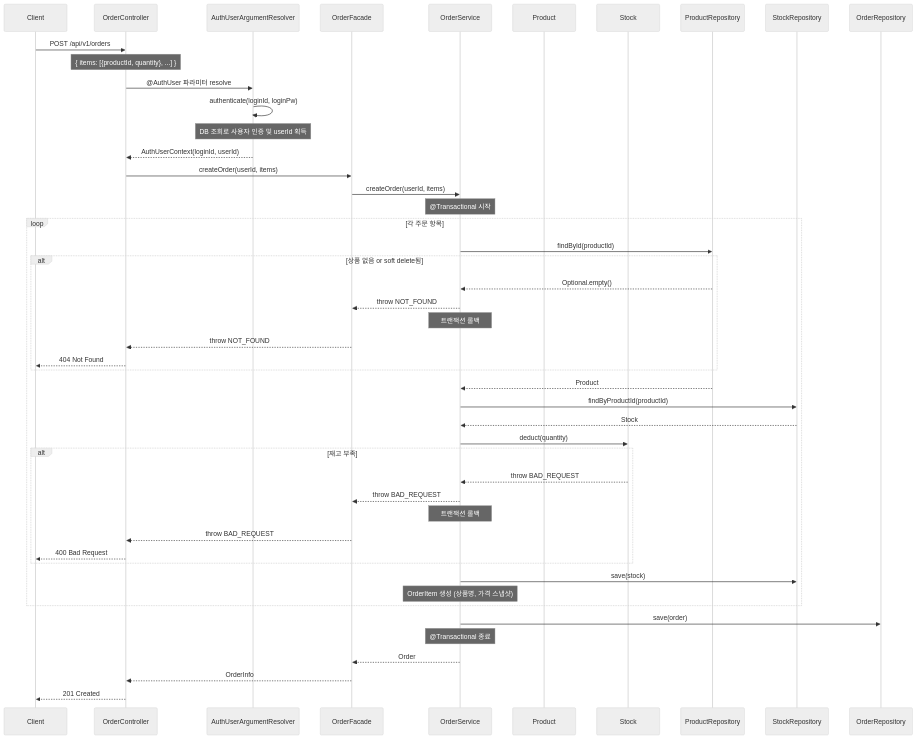
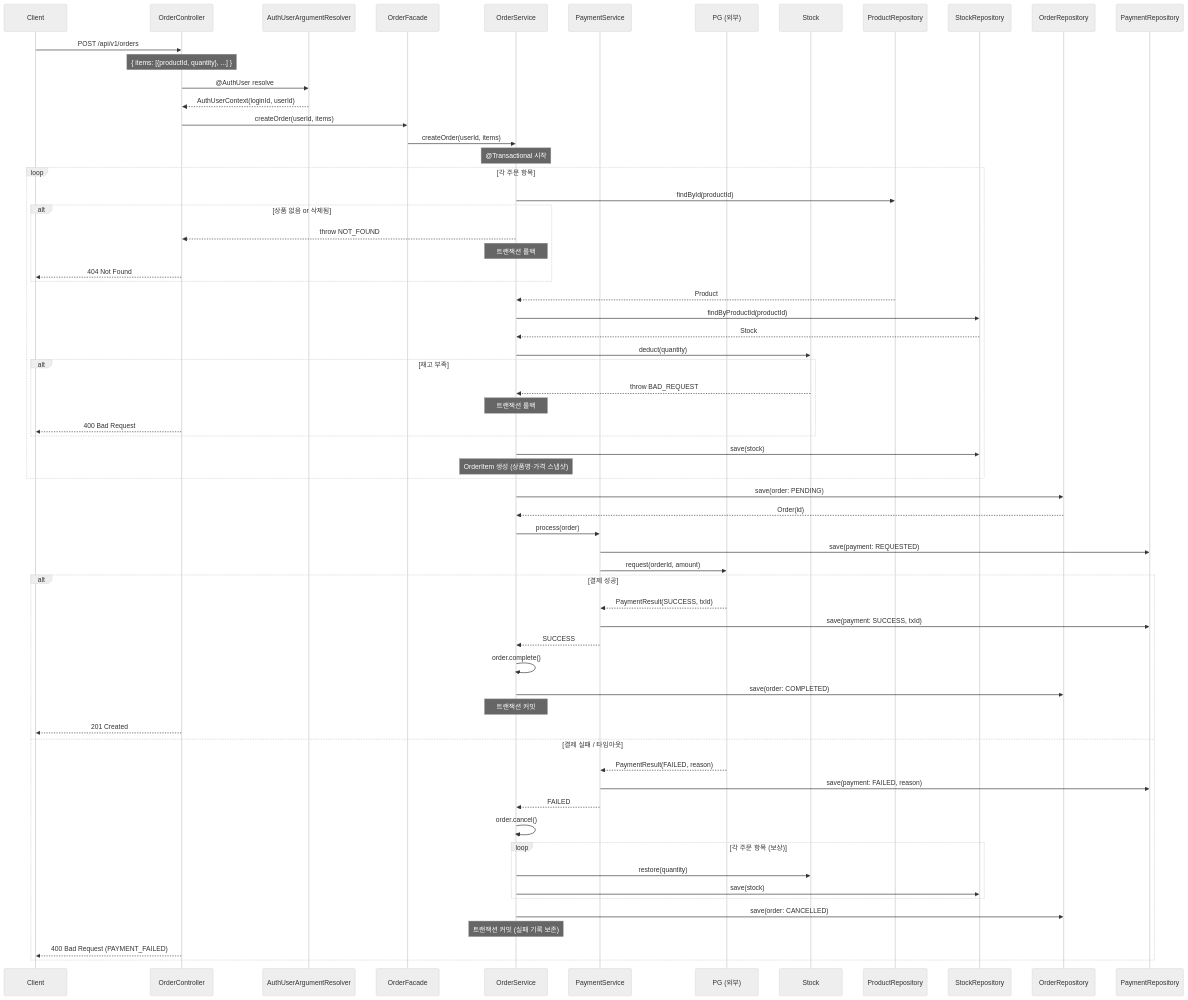
One commit to loopers-labs/loop-pack-be-l2-vol4-java changed diagram 16 of 20 in docs/week2/02-sequence-diagrams.md. Above: the diagram before and after it, drawn with Mermaid (neutral theme). The commit also changed other lines of this file and 3 other files, not shown here.

First line of the commit message:
docs: 요구사항 정의서 전체 리라이트 및 시퀀스/클래스/ERD 보완

````diff
--- a/docs/week2/02-sequence-diagrams.md
+++ b/docs/week2/02-sequence-diagrams.md
@@ -381,60 +505,76 @@
 ```mermaid
 sequenceDiagram
     participant Client
     participant OrderController
     participant AuthUserArgumentResolver
     participant OrderFacade
     participant OrderService
-    participant Product
+    participant PaymentService
+    participant PaymentGateway as PG (외부)
     participant Stock
     participant ProductRepository
     participant StockRepository
     participant OrderRepository
+    participant PaymentRepository
 
     Client->>OrderController: POST /api/v1/orders
     Note over OrderController: { items: [{productId, quantity}, ...] }
 
-    OrderController->>AuthUserArgumentResolver: @AuthUser 파라미터 resolve
-    AuthUserArgumentResolver->>AuthUserArgumentResolver: authenticate(loginId, loginPw)
-    Note over AuthUserArgumentResolver: DB 조회로 사용자 인증 및 userId 획득
+    OrderController->>AuthUserArgumentResolver: @AuthUser resolve
     AuthUserArgumentResolver-->>OrderController: AuthUserContext(loginId, userId)
 
     OrderController->>OrderFacade: createOrder(userId, items)
-
     OrderFacade->>OrderService: createOrder(userId, items)
     Note over OrderService: @Transactional 시작
 
     loop 각 주문 항목
         OrderService->>ProductRepository: findById(productId)
-        alt 상품 없음 or soft delete됨
-            ProductRepository-->>OrderService: Optional.empty()
-            OrderService-->>OrderFacade: throw NOT_FOUND
+        alt 상품 없음 or 삭제됨
+            OrderService-->>OrderController: throw NOT_FOUND
             Note over OrderService: 트랜잭션 롤백
-            OrderFacade-->>OrderController: throw NOT_FOUND
             OrderController-->>Client: 404 Not Found
         end
         ProductRepository-->>OrderService: Product
 
         OrderService->>StockRepository: findByProductId(productId)
         StockRepository-->>OrderService: Stock
 
         OrderService->>Stock: deduct(quantity)
         alt 재고 부족
             Stock-->>OrderService: throw BAD_REQUEST
-            OrderService-->>OrderFacade: throw BAD_REQUEST
             Note over OrderService: 트랜잭션 롤백
-            OrderFacade-->>OrderController: throw BAD_REQUEST
             OrderController-->>Client: 400 Bad Request
         end
-
         OrderService->>StockRepository: save(stock)
-        Note over OrderService: OrderItem 생성 (상품명, 가격 스냅샷)
+        Note over OrderService: OrderItem 생성 (상품명·가격 스냅샷)
     end
 
-    OrderService->>OrderRepository: save(order)
-    Note over OrderService: @Transactional 종료
+    OrderService->>OrderRepository: save(order: PENDING)
+    OrderRepository-->>OrderService: Order(id)
 
-    OrderService-->>OrderFacade: Order
-    OrderFacade-->>OrderController: OrderInfo
-    OrderController-->>Client: 201 Created
+    OrderService->>PaymentService: process(order)
+    PaymentService->>PaymentRepository: save(payment: REQUESTED)
+    PaymentService->>PaymentGateway: request(orderId, amount)
+
+    alt 결제 성공
+        PaymentGateway-->>PaymentService: PaymentResult(SUCCESS, txId)
+        PaymentService->>PaymentRepository: save(payment: SUCCESS, txId)
+        PaymentService-->>OrderService: SUCCESS
+        OrderService->>OrderService: order.complete()
+        OrderService->>OrderRepository: save(order: COMPLETED)
+        Note over OrderService: 트랜잭션 커밋
+        OrderController-->>Client: 201 Created
+    else 결제 실패 / 타임아웃
+        PaymentGateway-->>PaymentService: PaymentResult(FAILED, reason)
+        PaymentService->>PaymentRepository: save(payment: FAILED, reason)
+        PaymentService-->>OrderService: FAILED
+        OrderService->>OrderService: order.cancel()
+        loop 각 주문 항목 (보상)
+            OrderService->>Stock: restore(quantity)
+            OrderService->>StockRepository: save(stock)
+        end
+        OrderService->>OrderRepository: save(order: CANCELLED)
+        Note over OrderService: 트랜잭션 커밋 (실패 기록 보존)
+        OrderController-->>Client: 400 Bad Request (PAYMENT_FAILED)
+    end
 ```
````
